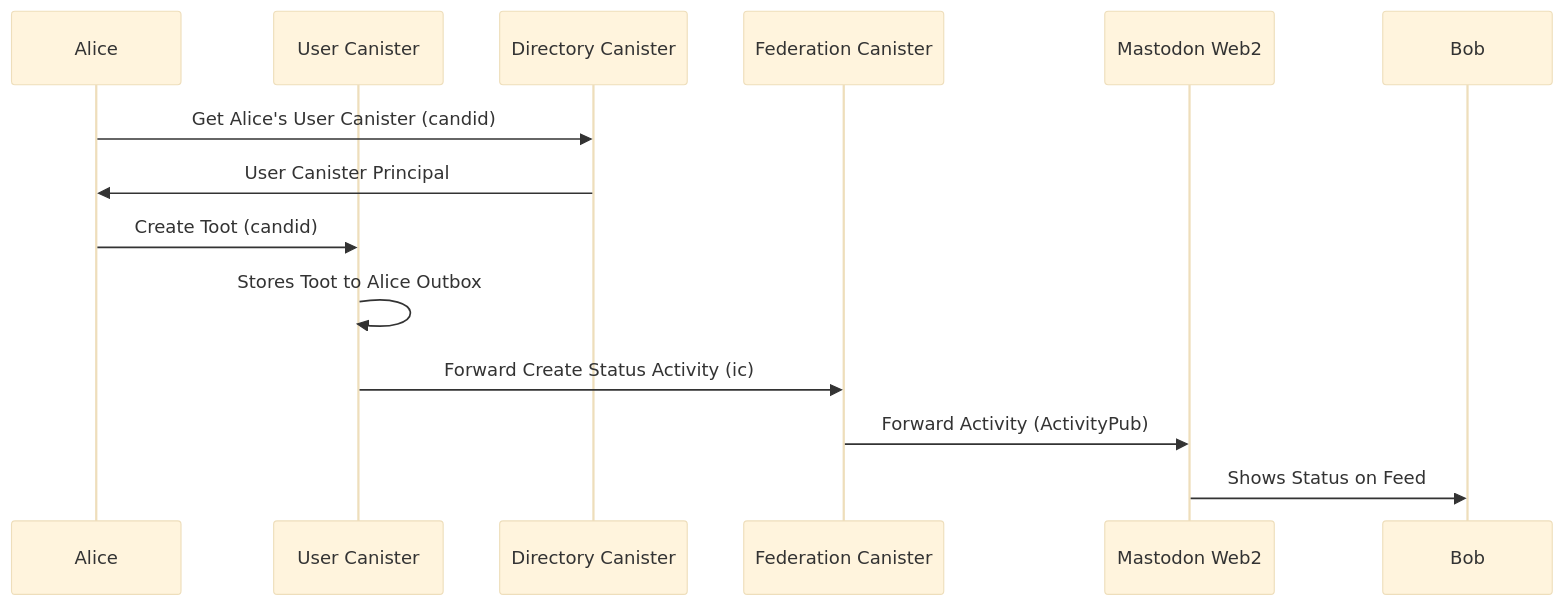
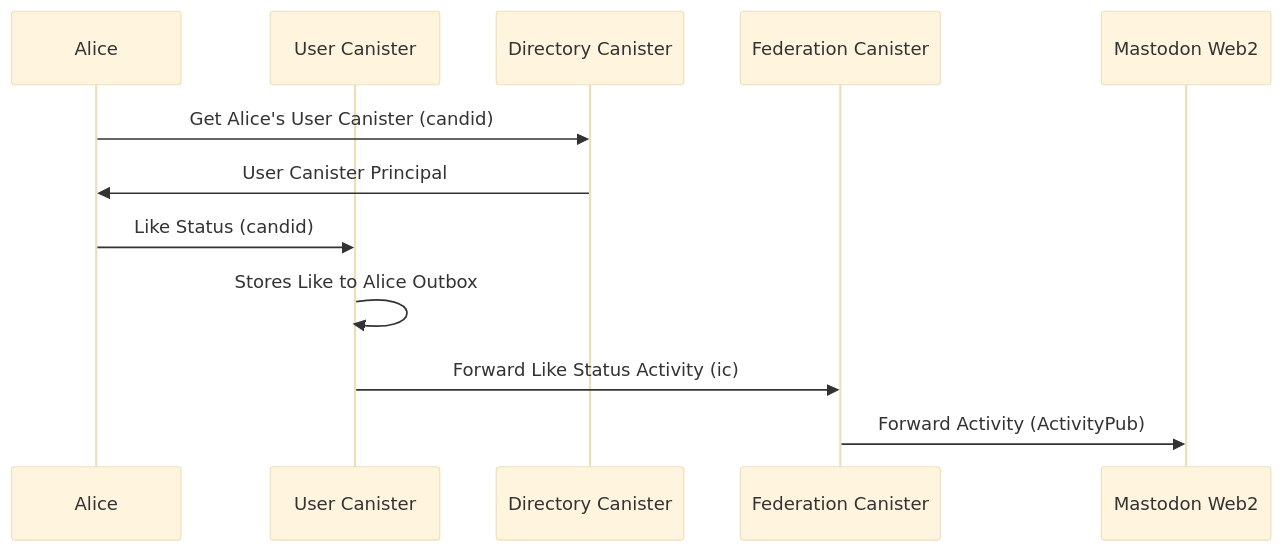
One commit to veeso/mastic changed the seventh of 11 diagrams in docs/architecture/README.md. Above: the diagram before and after it, drawn with Mermaid (base theme). The commit also changed other lines of this file and 26 other files, not shown here.

Commit message:
docs: Architecture and Flows

````diff
--- a/docs/architecture/README.md
+++ b/docs/architecture/README.md
@@ -75,17 +157,15 @@
 ```mermaid
 sequenceDiagram
     participant A as Alice
     participant UC as User Canister
     participant DIR as Directory Canister
     participant FED as Federation Canister
     participant M as Mastodon Web2
-    participant B as Bob
 
     A->>DIR: Get Alice's User Canister (candid)
     DIR->>A: User Canister Principal
-    A->>UC: Create Toot (candid)
-    UC->>UC: Stores Toot to Alice Outbox
-    UC->>FED: Forward Create Status Activity (ic)
+    A->>UC: Like Status (candid)
+    UC->>UC: Stores Like to Alice Outbox
+    UC->>FED: Forward Like Status Activity (ic)
     FED->>M: Forward Activity (ActivityPub)
-    M->>B: Shows Status on Feed
 ```
````
